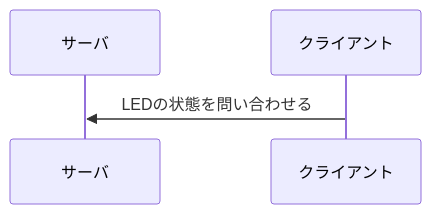
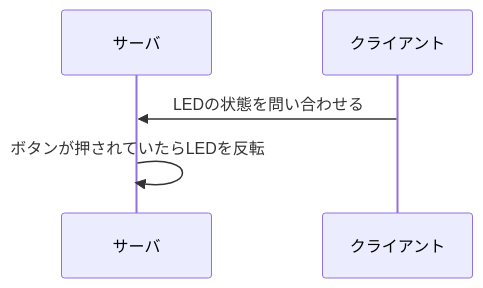
Before and after one commit to asa1729/webpro_06: the fifth of 5 diagrams in README.md, drawn with Mermaid.

````diff
--- a/README.md
+++ b/README.md
@@ -298,10 +298,10 @@
 ```mermaid
 sequenceDiagram
     participant A as サーバ
     participant B as クライアント
 
 
     B->>A: LEDの状態を問い合わせる
-    
+    A->>A: ボタンが押されていたらLEDを反転
 
 ```
````
